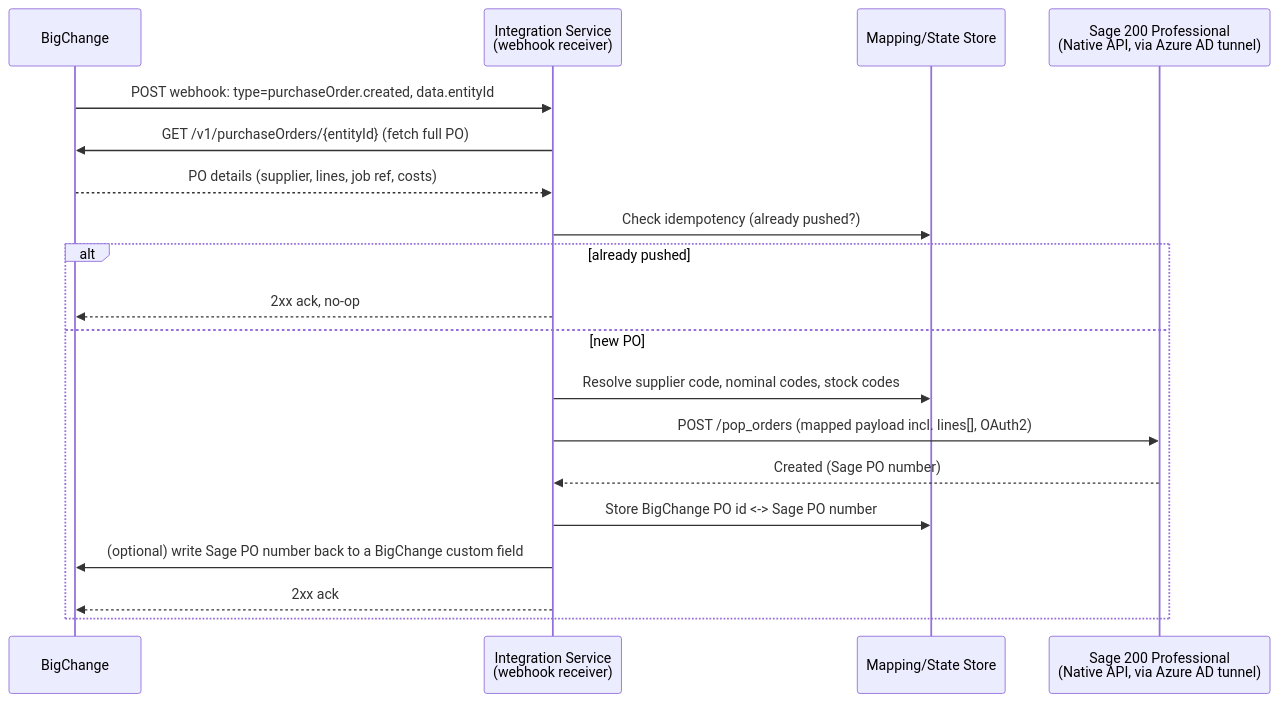
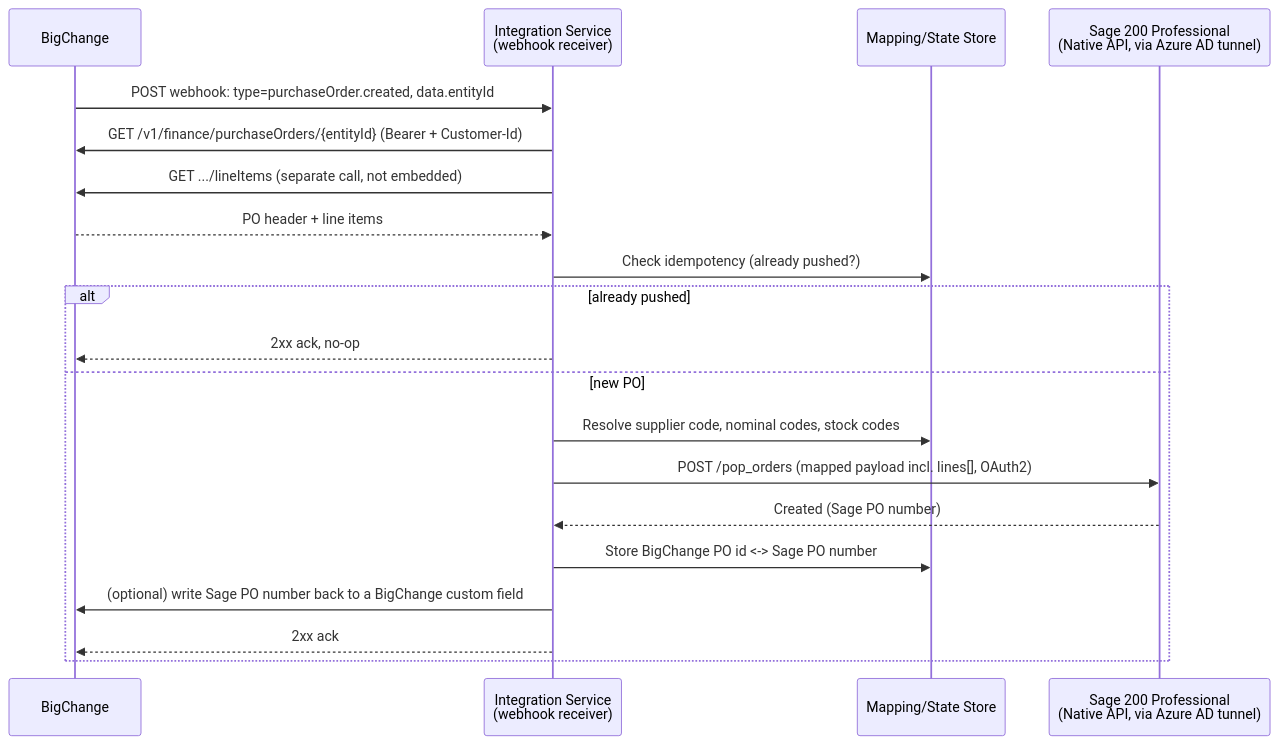
One commit to luciennzotarh-design/Test changed the diagram in docs/bigchange-sage200-po-integration.md. Above: the diagram before and after it, drawn with Mermaid. The commit also changed other lines of this file, not shown here.

Commit message:
Add confirmed BigChange purchase order API schema and update field mapping

````diff
--- a/docs/bigchange-sage200-po-integration.md
+++ b/docs/bigchange-sage200-po-integration.md
@@ -64,22 +91,23 @@
 ```mermaid
 sequenceDiagram
     participant BC as BigChange
     participant WH as Integration Service<br/>(webhook receiver)
     participant DB as Mapping/State Store
     participant SG as Sage 200 Professional<br/>(Native API, via Azure AD tunnel)
 
     BC->>WH: POST webhook: type=purchaseOrder.created, data.entityId
-    WH->>BC: GET /v1/purchaseOrders/{entityId} (fetch full PO)
-    BC-->>WH: PO details (supplier, lines, job ref, costs)
+    WH->>BC: GET /v1/finance/purchaseOrders/{entityId} (Bearer + Customer-Id)
+    WH->>BC: GET .../lineItems (separate call, not embedded)
+    BC-->>WH: PO header + line items
     WH->>DB: Check idempotency (already pushed?)
     alt already pushed
         WH-->>BC: 2xx ack, no-op
     else new PO
         WH->>DB: Resolve supplier code, nominal codes, stock codes
         WH->>SG: POST /pop_orders (mapped payload incl. lines[], OAuth2)
         SG-->>WH: Created (Sage PO number)
         WH->>DB: Store BigChange PO id <-> Sage PO number
         WH->>BC: (optional) write Sage PO number back to a BigChange custom field
         WH-->>BC: 2xx ack
     end
 ```
````
